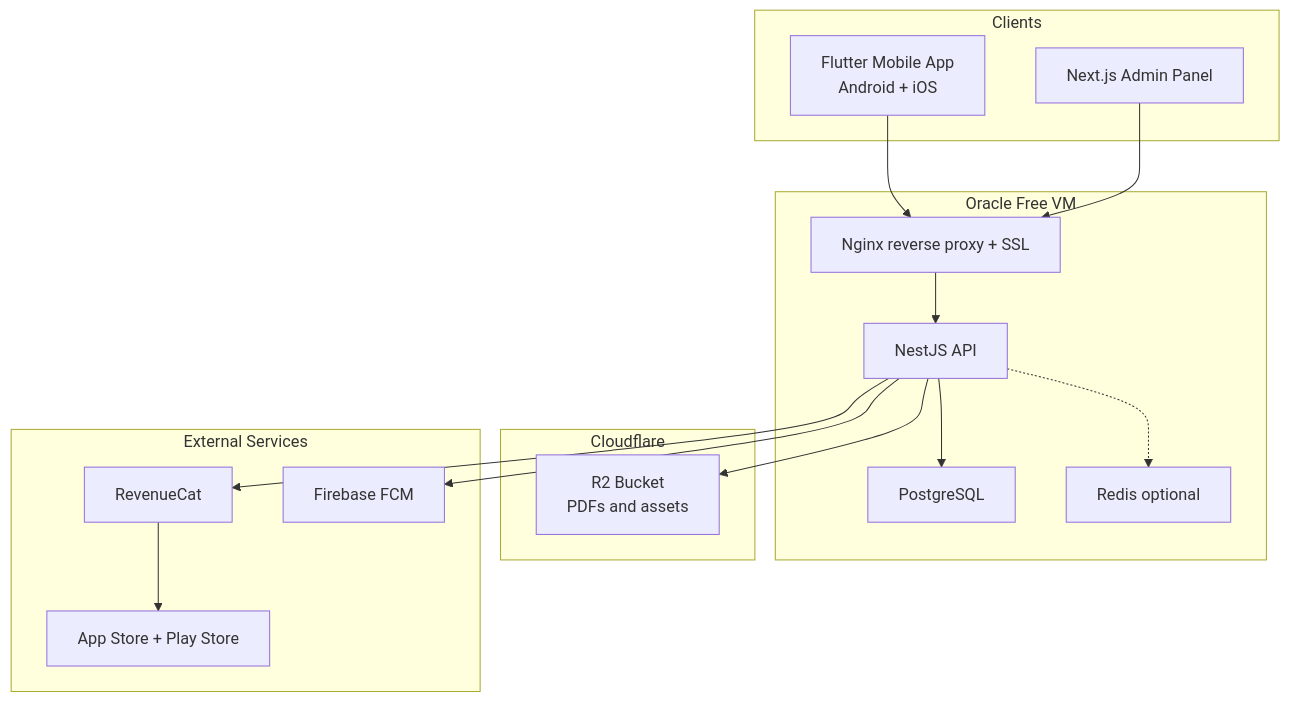
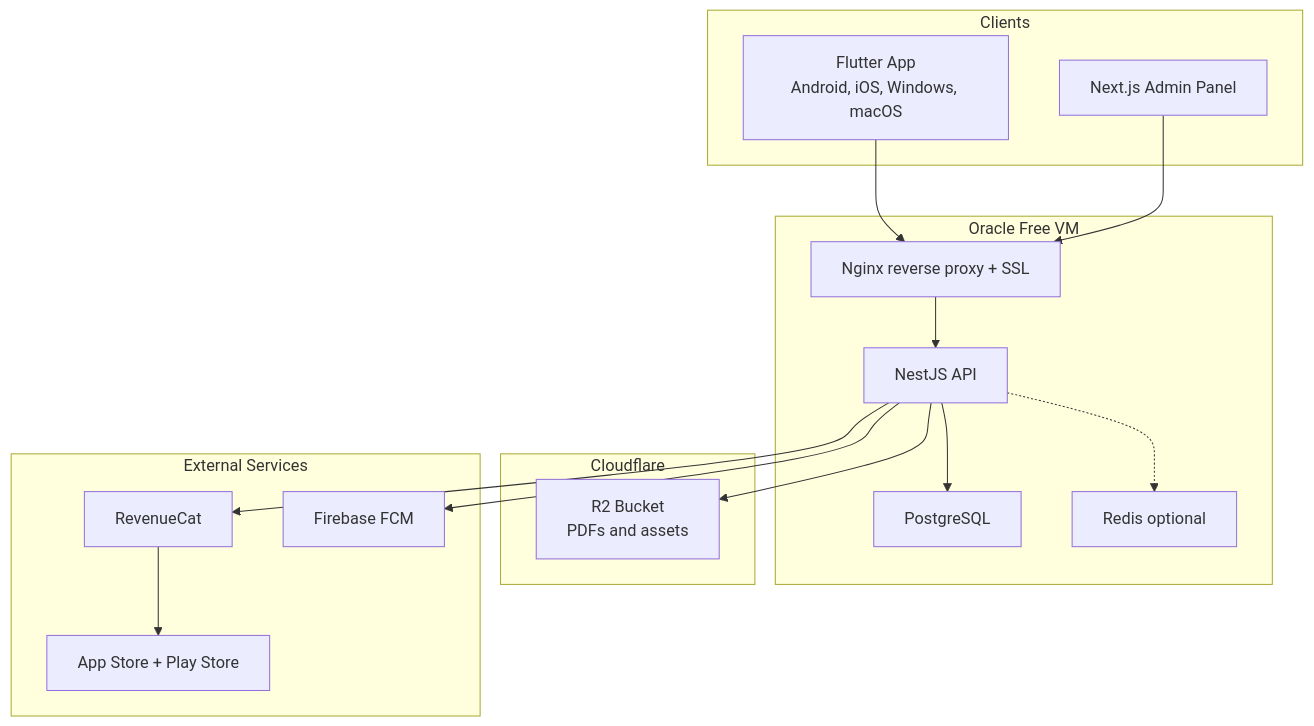
The diagram in docs/ROADMAP.md (webdevteam002/Medical-app), drawn with Mermaid before and after one commit. The commit also changed other lines of this file and 12 other files, not shown here.

````diff
--- a/docs/ROADMAP.md
+++ b/docs/ROADMAP.md
@@ -58,34 +58,34 @@
 ```mermaid
 flowchart TB
     subgraph clients [Clients]
-        FlutterApp["Flutter Mobile App\nAndroid + iOS"]
+        FlutterApp["Flutter App\nAndroid, iOS, Windows, macOS"]
         AdminPanel["Next.js Admin Panel"]
     end
 
     subgraph oracleVM [Oracle Free VM]
         API["NestJS API"]
         PG["PostgreSQL"]
         Redis["Redis optional"]
         Nginx["Nginx reverse proxy + SSL"]
     end
 
     subgraph cloudflare [Cloudflare]
         R2["R2 Bucket\nPDFs and assets"]
     end
 
     subgraph external [External Services]
         RevenueCat["RevenueCat"]
         FCM["Firebase FCM"]
         AppStores["App Store + Play Store"]
     end
 
     FlutterApp --> Nginx
     AdminPanel --> Nginx
     Nginx --> API
     API --> PG
     API -.-> Redis
     API --> R2
     API --> RevenueCat
     API --> FCM
     RevenueCat --> AppStores
 ```
````
